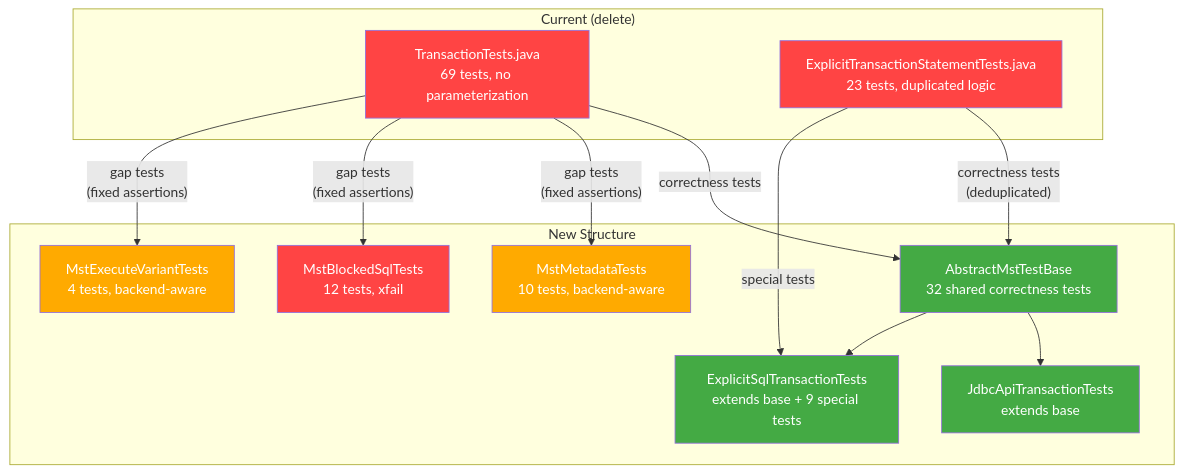
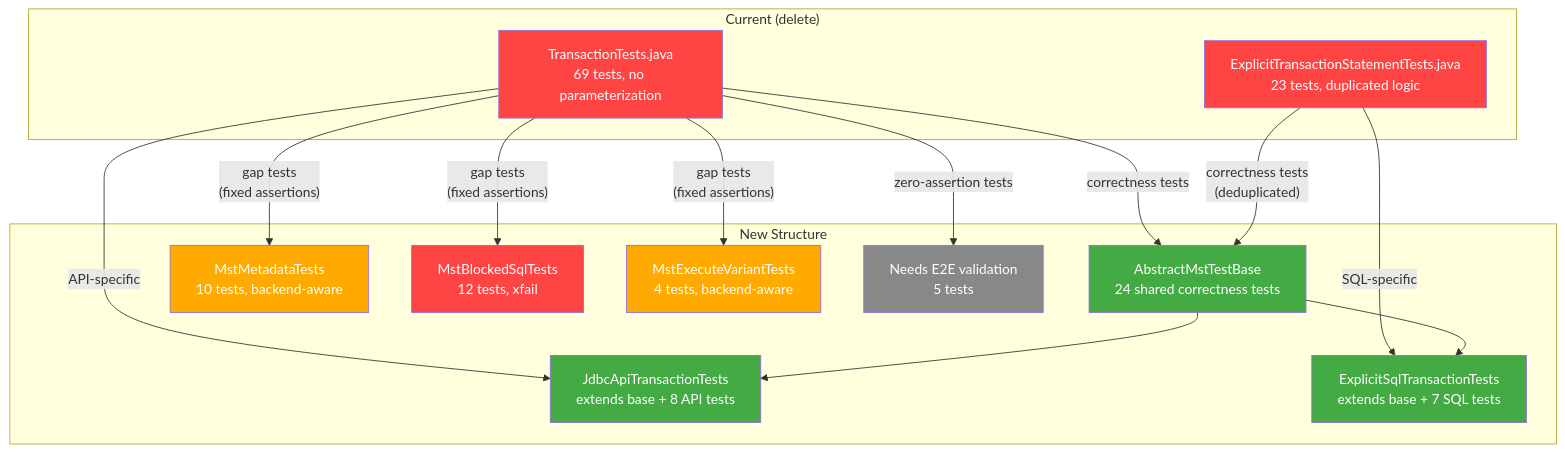
The tenth of 10 diagrams in docs/mst-test-design.md (databricks/databricks-jdbc), drawn with Mermaid before and after one commit. The commit also changed other lines of this file, not shown here.

First line of the commit message:
Address PR review comments on MST test design

````diff
--- a/docs/mst-test-design.md
+++ b/docs/mst-test-design.md
@@ -435,35 +477,39 @@
 ```mermaid
 flowchart TD
     subgraph "Current (delete)"
         OLD1["TransactionTests.java<br/>69 tests, no parameterization"]
         OLD2["ExplicitTransactionStatementTests.java<br/>23 tests, duplicated logic"]
     end
 
     subgraph "New Structure"
-        BASE["AbstractMstTestBase<br/>32 shared correctness tests"]
-        JDBC_API["JdbcApiTransactionTests<br/>extends base"]
-        EXPLICIT["ExplicitSqlTransactionTests<br/>extends base + 9 special tests"]
+        BASE["AbstractMstTestBase<br/>24 shared correctness tests"]
+        JDBC_API["JdbcApiTransactionTests<br/>extends base + 8 API tests"]
+        EXPLICIT["ExplicitSqlTransactionTests<br/>extends base + 7 SQL tests"]
         META_NEW["MstMetadataTests<br/>10 tests, backend-aware"]
         BLOCKED_NEW["MstBlockedSqlTests<br/>12 tests, xfail"]
         EXEC_NEW["MstExecuteVariantTests<br/>4 tests, backend-aware"]
+        E2E_NEW["Needs E2E validation<br/>5 tests"]
     end
 
     OLD1 -->|"correctness tests"| BASE
     OLD2 -->|"correctness tests<br/>(deduplicated)"| BASE
+    OLD1 -->|"API-specific"| JDBC_API
+    OLD2 -->|"SQL-specific"| EXPLICIT
     OLD1 -->|"gap tests<br/>(fixed assertions)"| META_NEW
     OLD1 -->|"gap tests<br/>(fixed assertions)"| BLOCKED_NEW
     OLD1 -->|"gap tests<br/>(fixed assertions)"| EXEC_NEW
-    OLD2 -->|"special tests"| EXPLICIT
+    OLD1 -->|"zero-assertion tests"| E2E_NEW
 
     BASE --> JDBC_API
     BASE --> EXPLICIT
 
     style OLD1 fill:#f44,color:#fff
     style OLD2 fill:#f44,color:#fff
     style BASE fill:#4a4,color:#fff
     style JDBC_API fill:#4a4,color:#fff
     style EXPLICIT fill:#4a4,color:#fff
     style META_NEW fill:#fa0,color:#fff
     style BLOCKED_NEW fill:#f44,color:#fff
     style EXEC_NEW fill:#fa0,color:#fff
+    style E2E_NEW fill:#888,color:#fff
 ```
````
